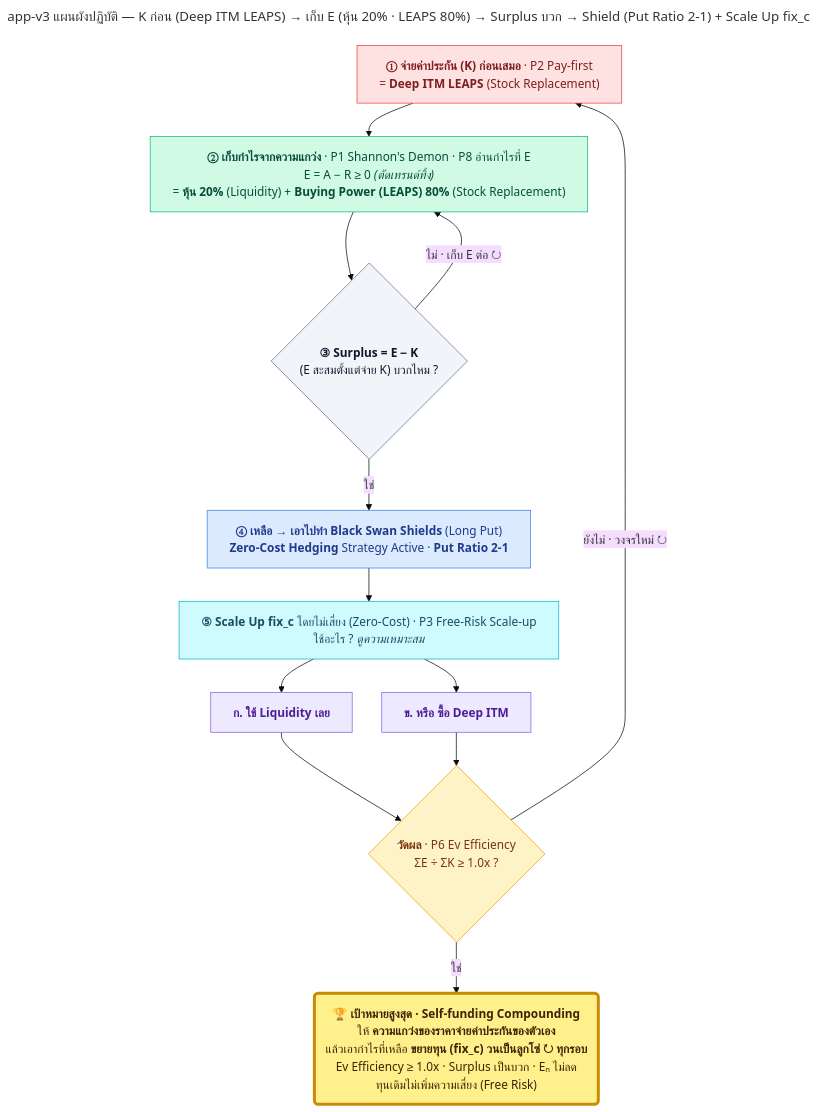
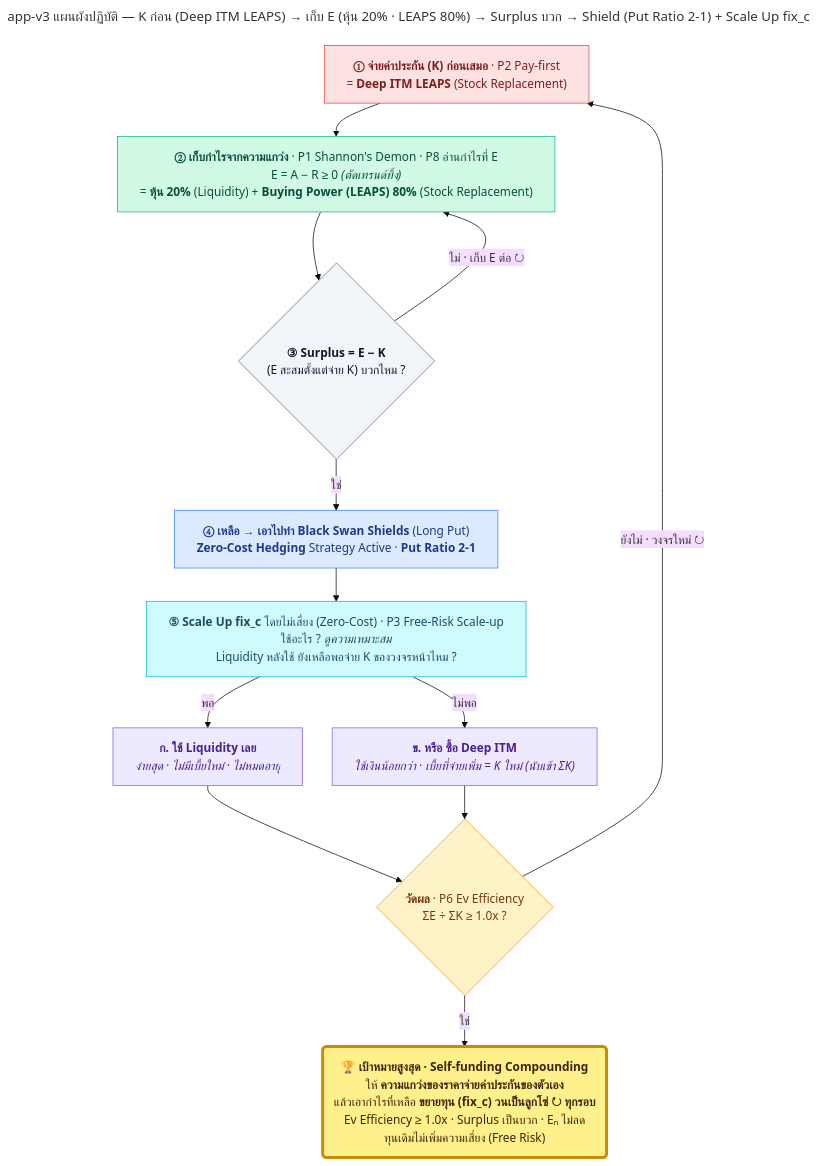
Before and after one commit to firstnattapon/super_app: the diagram in app_v3_playbook.mmd, drawn with Mermaid (base theme). The commit also changed 1 other file, not shown here.

First paragraph of the commit message:
app_v3_playbook.mmd: a short rule for choosing between Liquidity and a Deep ITM when scaling up fix_c
Step 5 left the choice to "ดูความเหมาะสม" with no criterion. It now asks one question:

```diff
--- a/app_v3_playbook.mmd
+++ b/app_v3_playbook.mmd
@@ -1,70 +1,74 @@
 ---
 title: 'app-v3 แผนผังปฏิบัติ — K ก่อน (Deep ITM LEAPS) → เก็บ E (หุ้น 20% · LEAPS 80%) → Surplus บวก → Shield (Put Ratio 2-1) + Scale Up fix_c'
 config:
   flowchart:
     wrappingWidth: 560
     nodeSpacing: 40
     rankSpacing: 45
 ---
 %% ═══════════════════════════════════════════════════════════════════════════════
 %% app_v3_playbook.mmd — หลักการเดียวกับ app_v2_minimal.mmd แต่บอกว่า "ลงมือด้วยเครื่องมืออะไร"
 %% เป้าหมายเหมือนเดิมทุกตัวอักษร · 3 ขั้น + 1 คำถาม + 1 เช็ก
 %% ·
 %% วงจร:  ① จ่าย K ก่อน → ② เก็บ E ไปเรื่อยๆ → ③ Surplus = E − K บวกไหม?
 %%        ไม่  → กลับไปเก็บ E ต่อ (ไม่ต้องจ่าย K ซ้ำ)
 %%        ใช่  → ④ ทำ Black Swan Shields (Put Ratio 2-1) โดย ⑤ Scale Up fix_c แล้วเริ่มวงจรใหม่ที่ ①
 %% ·
 %%   นามธรรม (app_v2_minimal.mmd · app-v3)       →  เครื่องมือจริง (แผนผังนี้)
 %%   K  จ่ายเบี้ยก่อน (P2 Pay-first)              →  ① Deep ITM LEAPS (Stock Replacement)
 %%   E  เก็บกำไรจากความแกว่ง (P1 · P8)            →  ② หุ้น 20% (Liquidity) + Buying Power (LEAPS) 80% (Stock Replacement)
 %%   S  Surplus = E − K บวกไหม?                    →  ③ เหมือนเดิม
 %%   (ส่วนที่เหลือ)                                →  ④ Black Swan Shields (Long Put) · Zero-Cost Hedging Strategy Active · Put Ratio 2-1
 %%   โต c′ = c + Surplus (P3 Free-Risk Scale-up)   →  ⑤ Scale Up fix_c โดยไม่เสี่ยง (Zero-Cost) — ใช้ Liquidity เลย หรือ ซื้อ Deep ITM ก็ได้ ดูความเหมาะสม
+%%   เกณฑ์เลือก ก./ข. (ข้อเสนอ · ปรับได้)          →  ถ้าใช้ Liquidity แล้วยังเหลือพอจ่าย K ของวงจรหน้า → ก. · ไม่พอ → ข.
 %%   ไม่เหลือ                                      →  กลับไปเก็บ E ต่อ
 %%   วัดผล Ev Efficiency = ΣE ÷ ΣK (P6)           →  เช็กหลัง Scale Up ถึง 1.0x = ถึงเป้าหมาย · ยังไม่ถึง = วงจรใหม่
 %% ·
 %% หมายเหตุ
 %%  · E = A − R (สมการ LEGO: A = เงินสดจากการ rebalance · R = เส้นอ้างอิงตามเทรนด์) ≥ 0 เสมอ — ถ้าเขียน R − A จะติดลบเสมอ
 %%  · ลำดับในแผนผังนี้คือ "ลำดับลงมือ" (จ่าย K ก่อน แล้วค่อยเก็บ E) · E ใน ③ คือ E ที่สะสมตั้งแต่จ่าย K
 %%  · หุ้น 20% + LEAPS 80% = 100% ของ exposure ที่ถืออยู่ · "Deep ITM" ใน ⑤ คือ Deep ITM เดียวกับ ① (LEAPS)
 %%  · Put Ratio 2-1 เขียนตามที่ระบุ — ยังไม่กำหนดฝั่งซื้อ/ขายและ strike (เลือกเมื่อลงมือจริง)
+%%  · เกณฑ์เลือก ก./ข. ใน ⑤ เป็นข้อเสนอ ไม่ใช่กฎที่ระบุมา: "Liquidity" ในเกณฑ์ = เงินสด/ส่วนที่ขายเป็นเงินได้ทันที ·
+%%    เหตุผล = จ่าย K ก่อนเสมอ (P2) จึงห้ามให้การขยายกินเงินที่ต้องกันไว้จ่าย K · ก. คือทางตรง (ไม่มีเบี้ยใหม่ ไม่หมดอายุ) ·
+%%    ข. ใช้เงินน้อยกว่าสำหรับ exposure เท่ากัน แต่เบี้ย (time value) ที่จ่ายเพิ่มคือ K ใหม่ ต้องนับเข้า ΣK ให้ Ev Efficiency ไม่เกินจริง
 %% ═══════════════════════════════════════════════════════════════════════════════
 flowchart TB
 
   K["<b>① จ่ายค่าประกัน (K) ก่อนเสมอ</b> · P2 Pay-first<br/>= <b>Deep ITM LEAPS</b> (Stock Replacement)"]
   E["<b>② เก็บกำไรจากความแกว่ง</b> · P1 Shannon's Demon · P8 อ่านกำไรที่ E<br/>E = A − R ≥ 0 <i>(ตัดเทรนด์ทิ้ง)</i><br/>= <b>หุ้น 20%</b> (Liquidity) + <b>Buying Power (LEAPS) 80%</b> (Stock Replacement)"]
   D{"<b>③ Surplus = E − K</b><br/>(E สะสมตั้งแต่จ่าย K) บวกไหม ?"}
   A["<b>④ เหลือ → เอาไปทำ Black Swan Shields</b> (Long Put)<br/><b>Zero-Cost Hedging</b> Strategy Active · <b>Put Ratio 2-1</b>"]
-  S["<b>⑤ Scale Up fix_c</b> โดยไม่เสี่ยง (Zero-Cost) · P3 Free-Risk Scale-up<br/>ใช้อะไร ? <i>ดูความเหมาะสม</i>"]
-  L["<b>ก. ใช้ Liquidity เลย</b>"]
-  I["<b>ข. หรือ ซื้อ Deep ITM</b>"]
+  S["<b>⑤ Scale Up fix_c</b> โดยไม่เสี่ยง (Zero-Cost) · P3 Free-Risk Scale-up<br/>ใช้อะไร ? <i>ดูความเหมาะสม</i><br/>Liquidity หลังใช้ ยังเหลือพอจ่าย K ของวงจรหน้าไหม ?"]
+  L["<b>ก. ใช้ Liquidity เลย</b><br/><i>ง่ายสุด · ไม่มีเบี้ยใหม่ · ไม่หมดอายุ</i>"]
+  I["<b>ข. หรือ ซื้อ Deep ITM</b><br/><i>ใช้เงินน้อยกว่า · เบี้ยที่จ่ายเพิ่ม = K ใหม่ (นับเข้า ΣK)</i>"]
   Q{"<b>วัดผล</b> · P6 Ev Efficiency<br/>ΣE ÷ ΣK ≥ 1.0x ?"}
   GOAL("🏆 <b>เป้าหมายสูงสุด · Self-funding Compounding</b><br/>ให้ <b>ความแกว่งของราคาจ่ายค่าประกันของตัวเอง</b><br/>แล้วเอากำไรที่เหลือ <b>ขยายทุน (fix_c) วนเป็นลูกโซ่ ↻ ทุกรอบ</b><br/>Ev Efficiency ≥ 1.0x · Surplus เป็นบวก · Eₙ ไม่ลด<br/>ทุนเดิมไม่เพิ่มความเสี่ยง (Free Risk)")
 
   K --> E --> D
   D -->|ใช่| A
   D -->|ไม่ · เก็บ E ต่อ ↻| E
   A --> S
-  S --> L
-  S --> I
+  S -->|พอ| L
+  S -->|ไม่พอ| I
   L --> Q
   I --> Q
   Q -->|ใช่| GOAL
   Q -->|ยังไม่ · วงจรใหม่ ↻| K
 
   classDef cost fill:#fee2e2,stroke:#ef4444,color:#7f1d1d
   classDef money fill:#d1fae5,stroke:#10b981,color:#064e3b
   classDef dec fill:#f1f5f9,stroke:#64748b,color:#0f172a
   classDef shield fill:#dbeafe,stroke:#3b82f6,color:#1e3a8a
   classDef scale fill:#cffafe,stroke:#06b6d4,color:#164e63
   classDef alt fill:#ede9fe,stroke:#8b5cf6,color:#4c1d95
   classDef score fill:#fef3c7,stroke:#f59e0b,color:#78350f
   classDef goal fill:#fef08a,stroke:#ca8a04,stroke-width:4px,color:#422006
   class K cost
   class E money
   class D dec
   class A shield
   class S scale
   class L,I alt
   class Q score
   class GOAL goal
```
